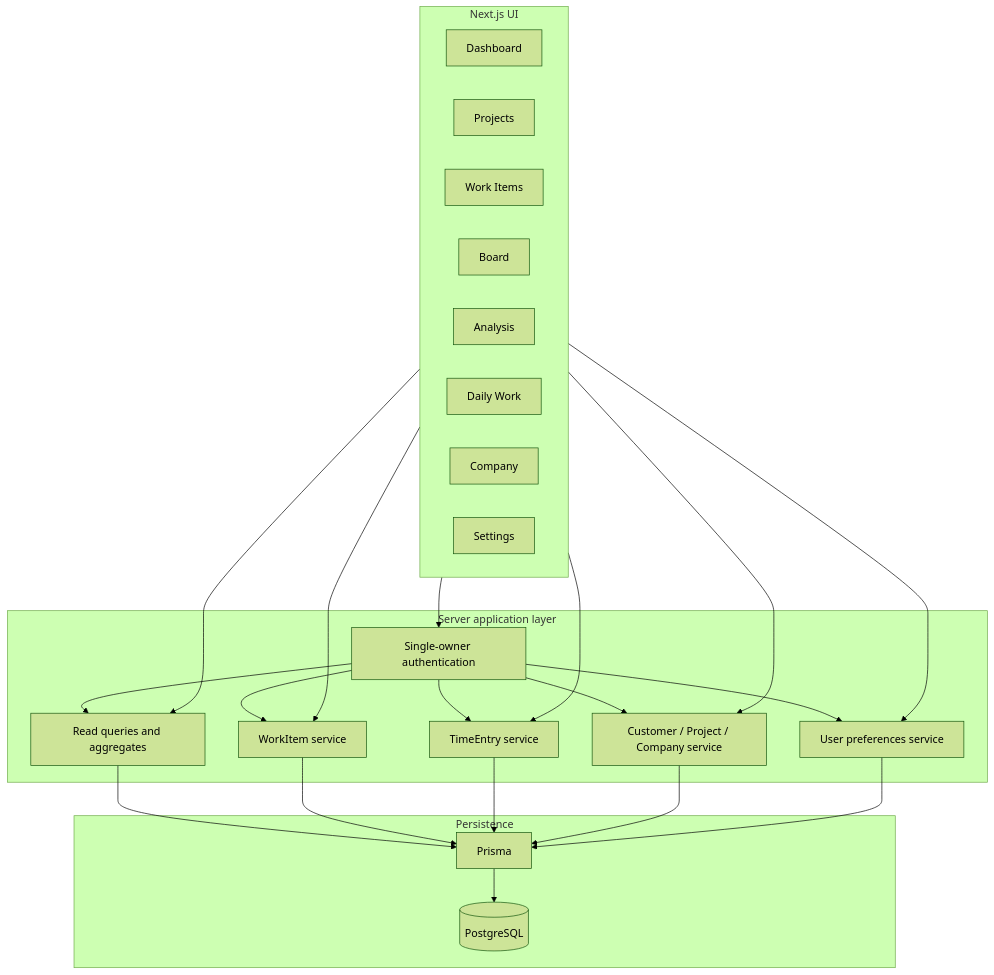
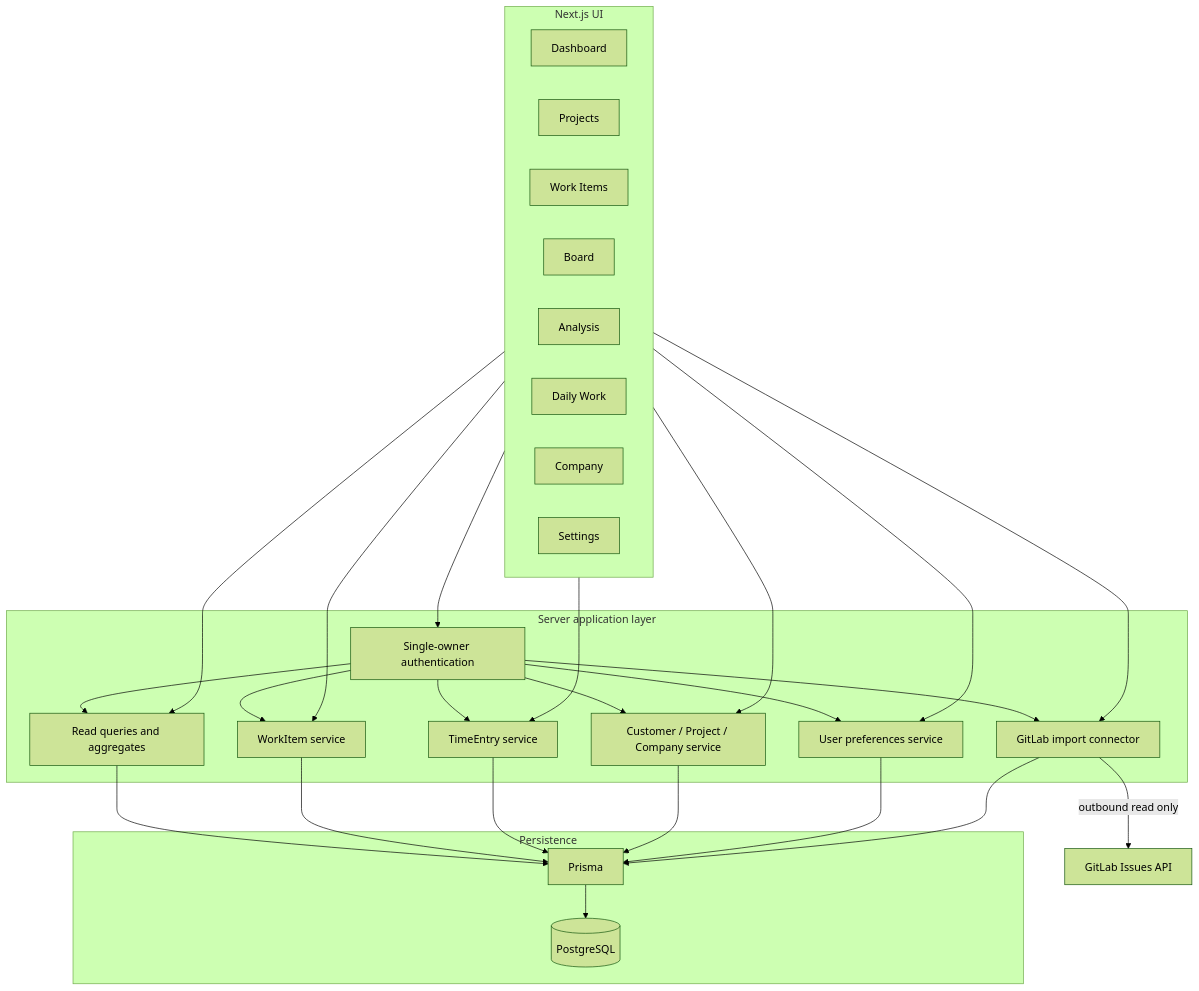
The second of 3 diagrams in document/ARCHITECTURE.md (wasant-prds/project-management-system), drawn with Mermaid (forest theme) before and after one commit. The commit also changed other lines of this file and 17 other files, not shown here.

Commit message:
#10 Updated 18 documentation files to align menu scopes, data flows, and one-way GitLab issue sync.

````diff
--- a/document/ARCHITECTURE.md
+++ b/document/ARCHITECTURE.md
@@ -46,42 +46,48 @@
 ```mermaid
 flowchart TB
   subgraph Presentation[Next.js UI]
     DASH[Dashboard]
     PROJ[Projects]
     ITEMS[Work Items]
     BOARD[Board]
     ANALYSIS[Analysis]
     DAILY[Daily Work]
     COMPANY[Company]
     SETTINGS[Settings]
   end
   subgraph Application[Server application layer]
     AUTH[Single-owner authentication]
     READ[Read queries and aggregates]
     WORK[WorkItem service]
     TIME[TimeEntry service]
     MASTER[Customer / Project / Company service]
     PREF[User preferences service]
+    GITLAB[GitLab import connector]
   end
+  GAPI[GitLab Issues API]
   subgraph Persistence[Persistence]
     PRISMA[Prisma]
     DB[(PostgreSQL)]
   end
   Presentation --> AUTH
   Presentation --> READ
   Presentation --> WORK
   Presentation --> TIME
   Presentation --> MASTER
   Presentation --> PREF
+  Presentation --> GITLAB
   AUTH --> READ
   AUTH --> WORK
   AUTH --> TIME
   AUTH --> MASTER
   AUTH --> PREF
+  AUTH --> GITLAB
   READ --> PRISMA
   WORK --> PRISMA
   TIME --> PRISMA
   MASTER --> PRISMA
   PREF --> PRISMA
+  GITLAB --> PRISMA
+  GITLAB -->|outbound read only| GAPI
   PRISMA --> DB
 ```
````
